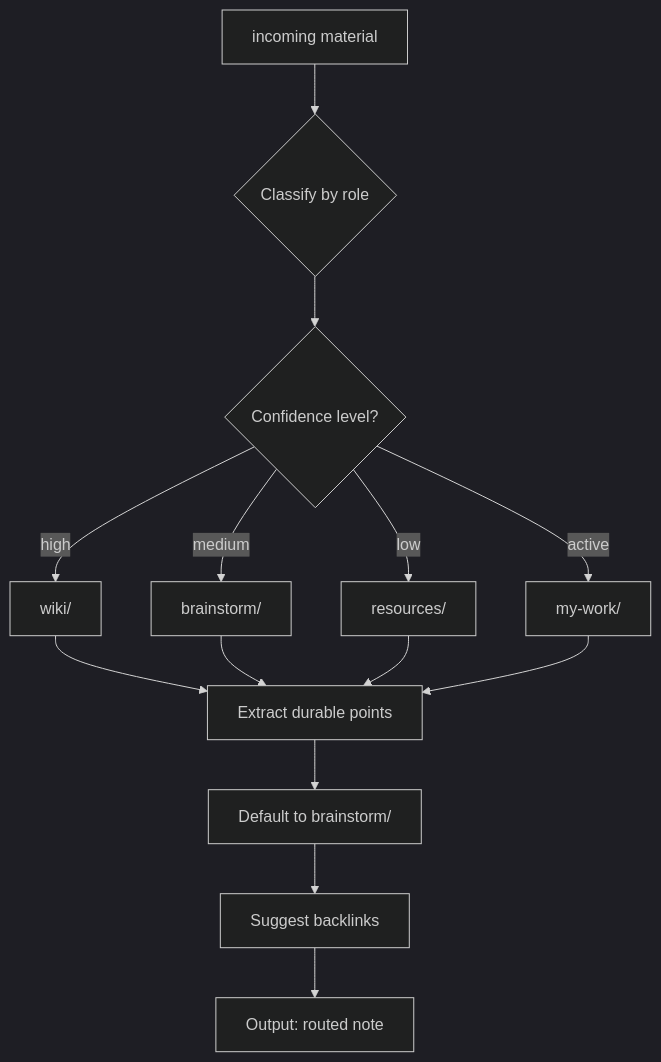
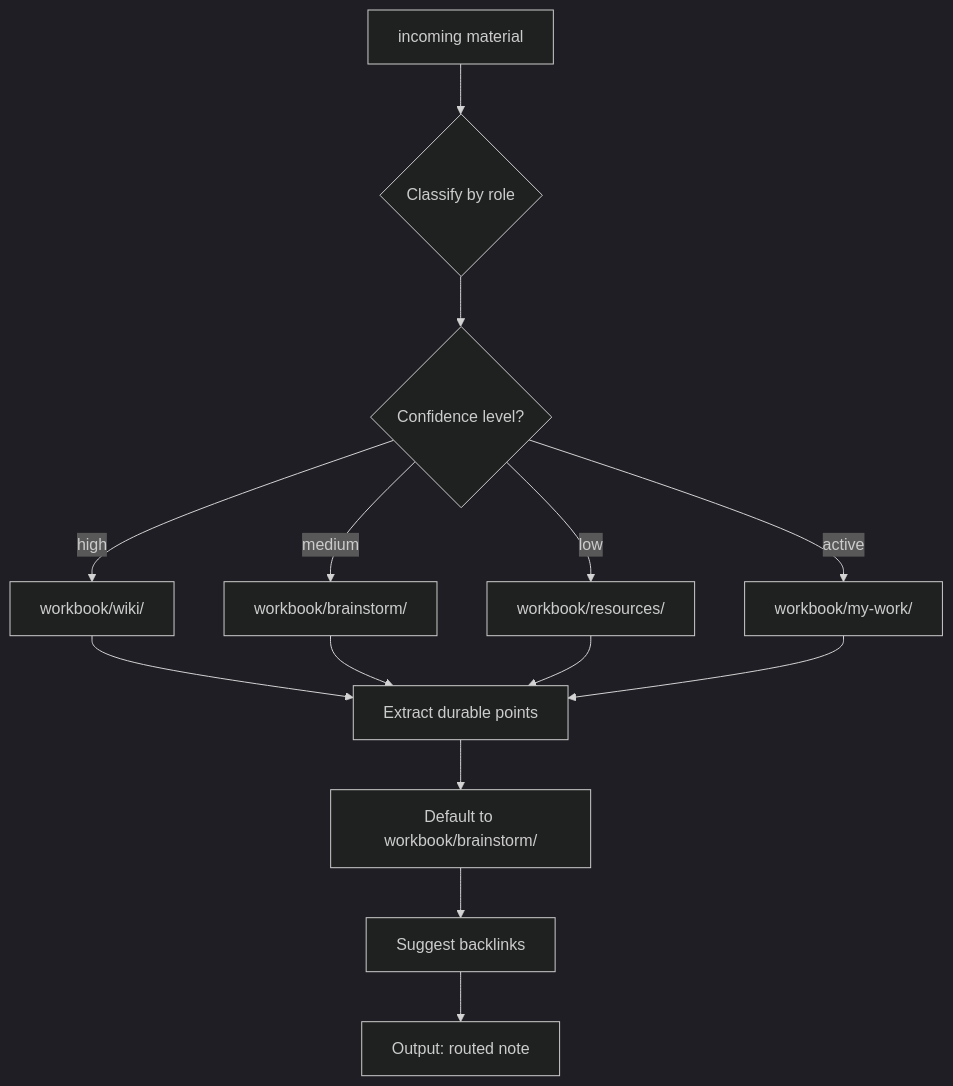
One commit to gengyabc/baicai-notebook changed the seventh of 11 diagrams in docs/routing-flows.md. Above: the diagram before and after it, drawn with Mermaid (dark theme). The commit also changed other lines of this file and 43 other files, not shown here.

````diff
--- a/docs/routing-flows.md
+++ b/docs/routing-flows.md
@@ -194,16 +194,16 @@
 ```mermaid
 flowchart TD
     A[incoming material] --> B{Classify by role}
     B --> C{Confidence level?}
-    C -->|high| D[wiki/]
-    C -->|medium| E[brainstorm/]
-    C -->|low| F[resources/]
-    C -->|active| G[my-work/]
+    C -->|high| D[workbook/wiki/]
+    C -->|medium| E[workbook/brainstorm/]
+    C -->|low| F[workbook/resources/]
+    C -->|active| G[workbook/my-work/]
     D --> H[Extract durable points]
     E --> H
     F --> H
     G --> H
-    H --> I[Default to brainstorm/]
+    H --> I[Default to workbook/brainstorm/]
     I --> J[Suggest backlinks]
     J --> K[Output: routed note]
 ```
````
